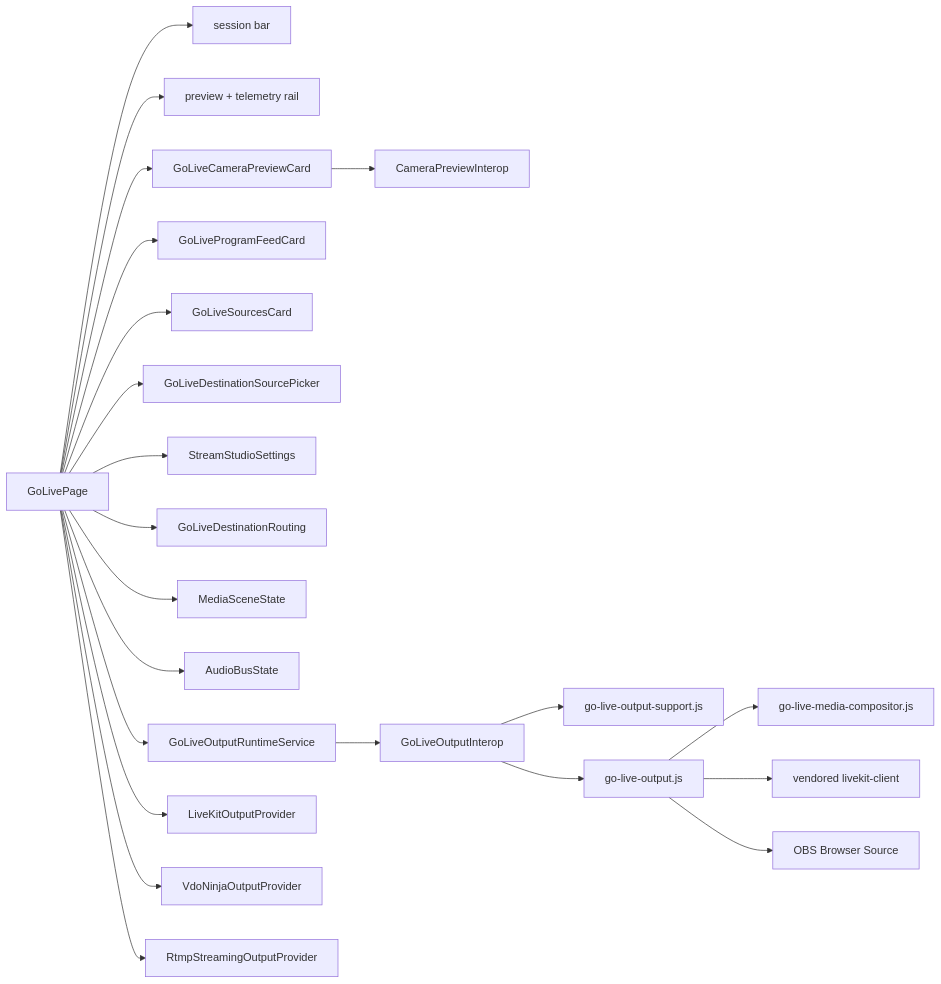
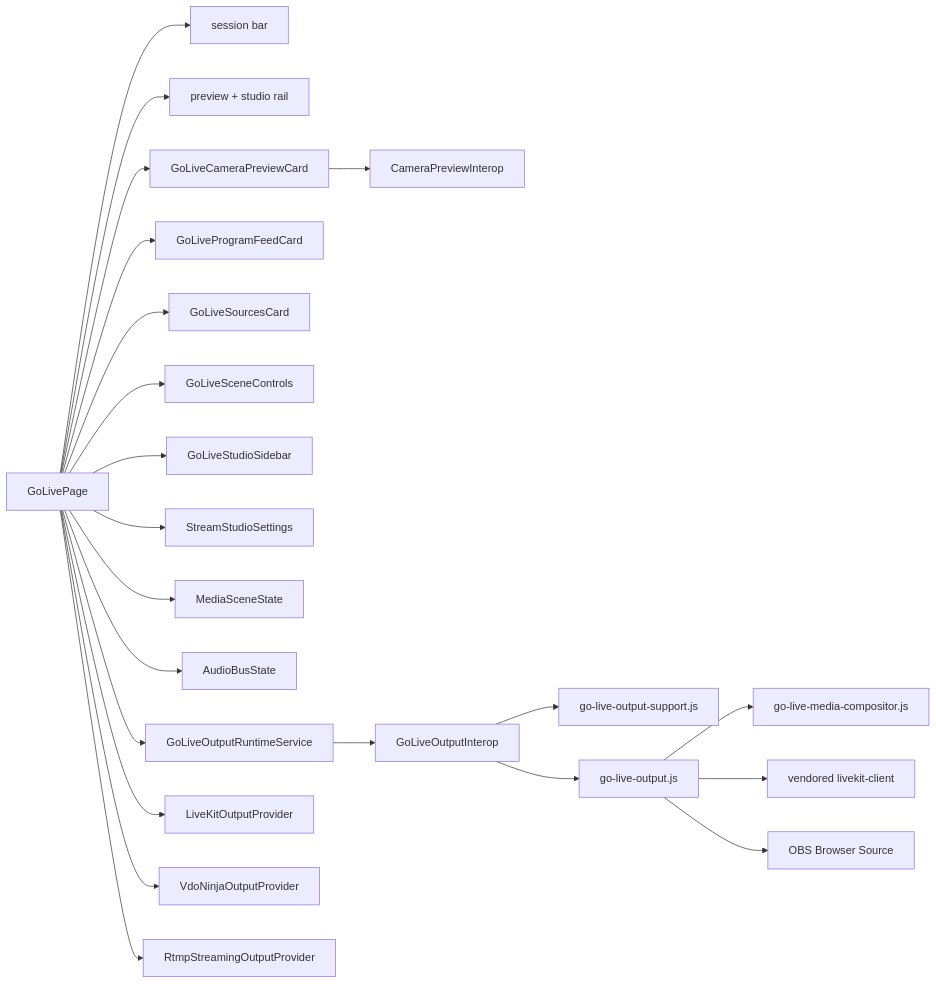
One commit to managedcode/PrompterOne changed the second of 3 diagrams in docs/Features/GoLiveRuntime.md. Above: the diagram before and after it, drawn with Mermaid. The commit also changed other lines of this file and 24 other files, not shown here.

Commit message:
Implement real go-live studio runtime

````diff
--- a/docs/Features/GoLiveRuntime.md
+++ b/docs/Features/GoLiveRuntime.md
@@ -81,47 +93,47 @@
 ```mermaid
 flowchart LR
     Page["GoLivePage"]
     SessionBar["session bar"]
-    PreviewRail["preview + telemetry rail"]
+    PreviewRail["preview + studio rail"]
     Preview["GoLiveCameraPreviewCard"]
     Program["GoLiveProgramFeedCard"]
     Sources["GoLiveSourcesCard"]
-    TargetSources["GoLiveDestinationSourcePicker"]
+    SceneControls["GoLiveSceneControls"]
+    Sidebar["GoLiveStudioSidebar"]
     Studio["StreamStudioSettings"]
-    Routing["GoLiveDestinationRouting"]
     Scene["MediaSceneState"]
     AudioBus["AudioBusState"]
     CameraInterop["CameraPreviewInterop"]
     Runtime["GoLiveOutputRuntimeService"]
     RuntimeInterop["GoLiveOutputInterop"]
     OutputSupport["go-live-output-support.js"]
     BrowserRuntime["go-live-output.js"]
     Composer["go-live-media-compositor.js"]
     LiveKit["LiveKitOutputProvider"]
     Vdo["VdoNinjaOutputProvider"]
     Rtmp["RtmpStreamingOutputProvider"]
     LiveKitSdk["vendored livekit-client"]
     ObsBrowser["OBS Browser Source"]
 
     Page --> SessionBar
     Page --> PreviewRail
     Page --> Preview
     Page --> Program
     Page --> Sources
-    Page --> TargetSources
+    Page --> SceneControls
+    Page --> Sidebar
     Page --> Studio
-    Page --> Routing
     Page --> Scene
     Page --> AudioBus
     Page --> Runtime
     Preview --> CameraInterop
     Runtime --> RuntimeInterop
     RuntimeInterop --> OutputSupport
     RuntimeInterop --> BrowserRuntime
     BrowserRuntime --> Composer
     BrowserRuntime --> LiveKitSdk
     BrowserRuntime --> ObsBrowser
     Page --> LiveKit
     Page --> Vdo
     Page --> Rtmp
 ```
````
